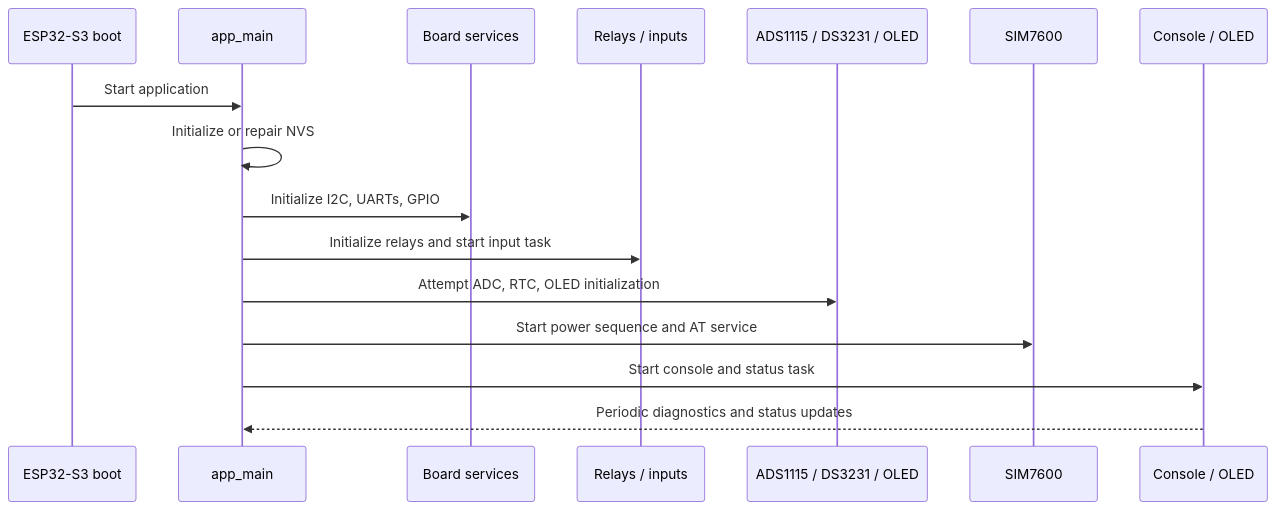
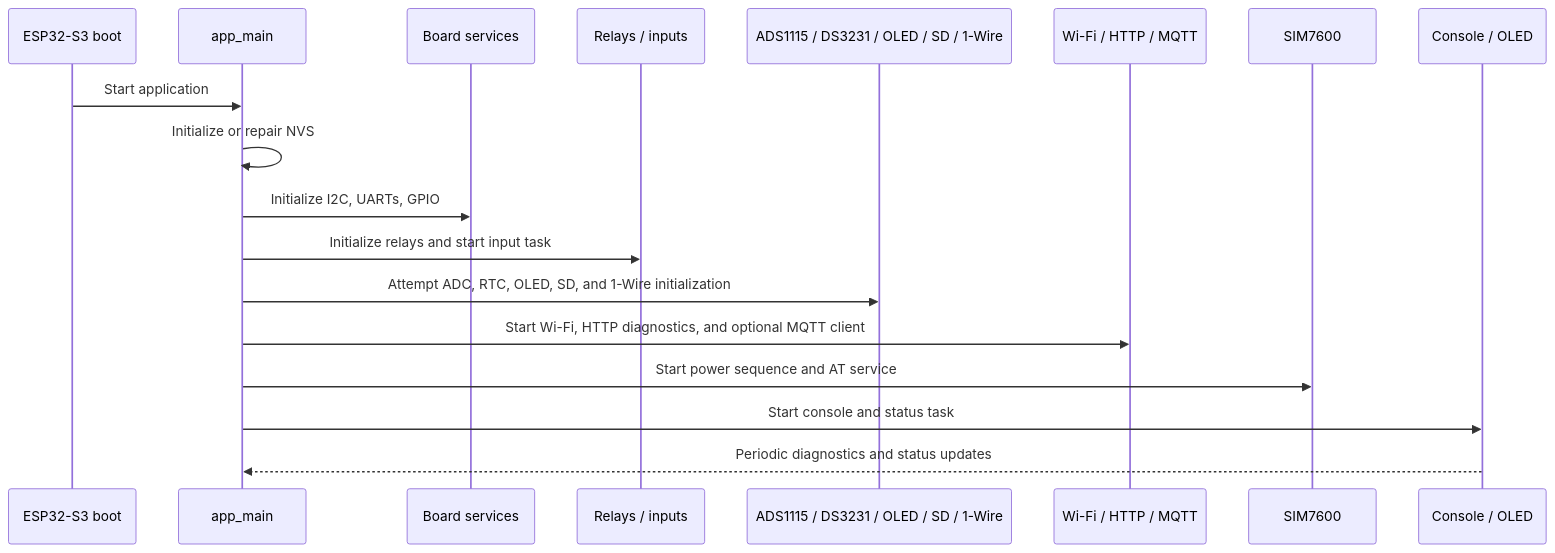
One commit to mahdi-benhassen/Esp32s3_sim4G_controller changed the second of 2 diagrams in docs/system-architecture.md. Above: the diagram before and after it, drawn with Mermaid. The commit also changed other lines of this file and 25 other files, not shown here.

````diff
--- a/docs/system-architecture.md
+++ b/docs/system-architecture.md
@@ -86,19 +104,21 @@
 ```mermaid
 sequenceDiagram
     participant Boot as ESP32-S3 boot
     participant App as app_main
     participant Board as Board services
     participant IO as Relays / inputs
-    participant Periph as ADS1115 / DS3231 / OLED
+    participant Periph as ADS1115 / DS3231 / OLED / SD / 1-Wire
+    participant Network as Wi-Fi / HTTP / MQTT
     participant Modem as SIM7600
     participant UI as Console / OLED
 
     Boot->>App: Start application
     App->>App: Initialize or repair NVS
     App->>Board: Initialize I2C, UARTs, GPIO
     App->>IO: Initialize relays and start input task
-    App->>Periph: Attempt ADC, RTC, OLED initialization
+    App->>Periph: Attempt ADC, RTC, OLED, SD, and 1-Wire initialization
+    App->>Network: Start Wi-Fi, HTTP diagnostics, and optional MQTT client
     App->>Modem: Start power sequence and AT service
     App->>UI: Start console and status task
     UI-->>App: Periodic diagnostics and status updates
 ```
````
